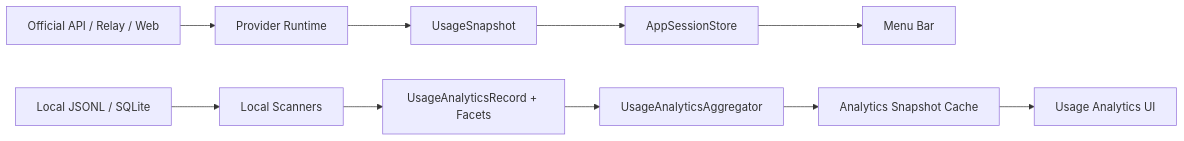
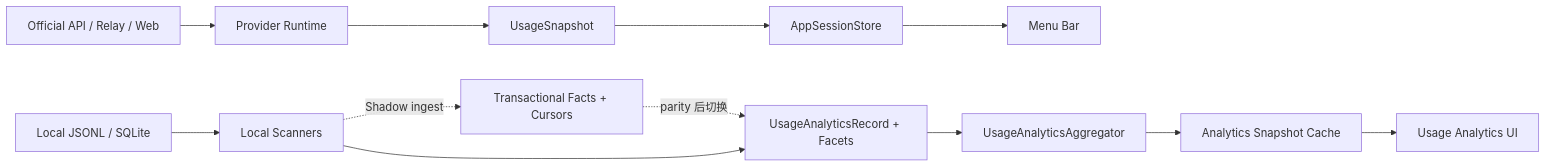
Before and after one commit to HeyHuazi/CraftMeter: the diagram in docs/ARCHITECTURE.md, drawn with Mermaid. The commit also changed other lines of this file and 54 other files, not shown here.

````diff
--- a/docs/ARCHITECTURE.md
+++ b/docs/ARCHITECTURE.md
@@ -7,13 +7,15 @@
 ```mermaid
 graph LR
     API[Official API / Relay / Web] --> Runtime[Provider Runtime]
     Runtime --> Snapshot[UsageSnapshot]
     Snapshot --> Session[AppSessionStore]
     Session --> Menu[Menu Bar]
 
     Logs[Local JSONL / SQLite] --> Scanners[Local Scanners]
-    Scanners --> Records[UsageAnalyticsRecord + Facets]
+    Scanners -. Shadow ingest .-> EventIndex[Transactional Facts + Cursors]
+    EventIndex -. parity 后切换 .-> Records[UsageAnalyticsRecord + Facets]
+    Scanners --> Records
     Records --> Aggregator[UsageAnalyticsAggregator]
     Aggregator --> Cache[Analytics Snapshot Cache]
     Cache --> Settings[Usage Analytics UI]
 ```
````
